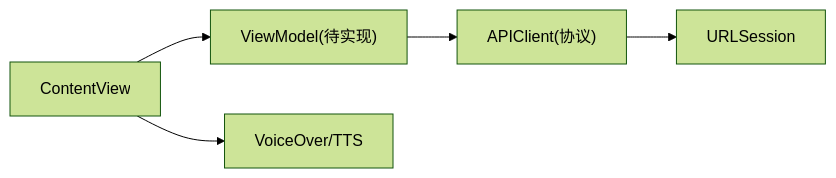
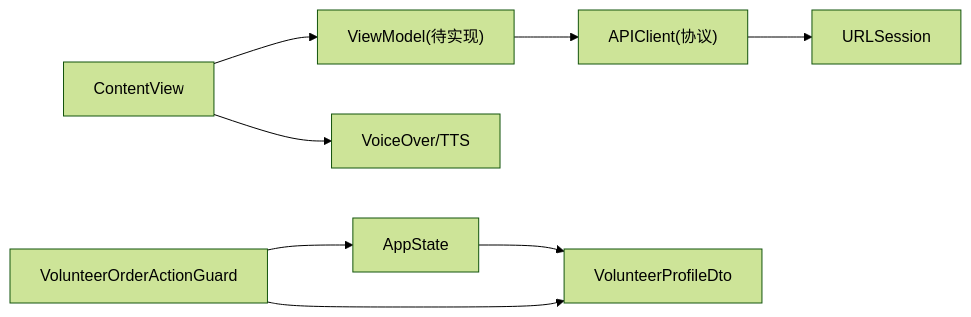
Before and after one commit to Jayden23018/blind-run-ios: the tenth of 10 diagrams in .qoder/repowiki/zh/content/测试策略/测试策略.md, drawn with Mermaid (forest theme). The commit also changed other lines of this file and 15 other files, not shown here.

````diff
--- a/.qoder/repowiki/zh/content/测试策略/测试策略.md
+++ b/.qoder/repowiki/zh/content/测试策略/测试策略.md
@@ -315,7 +386,10 @@
 ```mermaid
 graph LR
 View["ContentView"] --> VM["ViewModel(待实现)"]
 VM --> API["APIClient(协议)"]
+Guard["VolunteerOrderActionGuard"] --> AppState["AppState"]
+Guard --> Profiles["VolunteerProfileDto"]
+AppState --> Profiles
 API --> URLSession["URLSession"]
 View --> VO["VoiceOver/TTS"]
 ```
````
